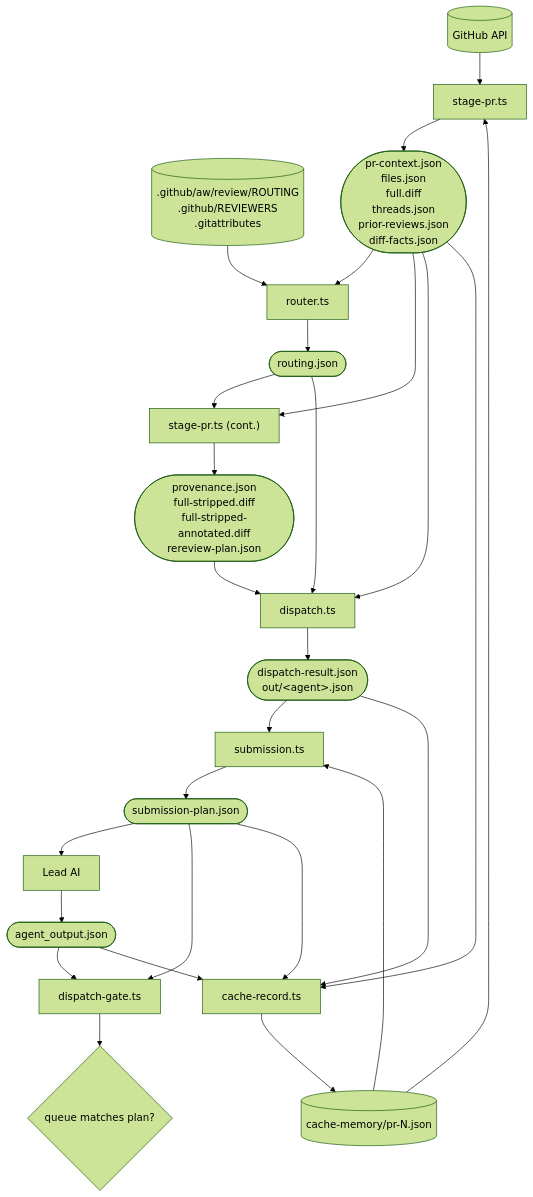
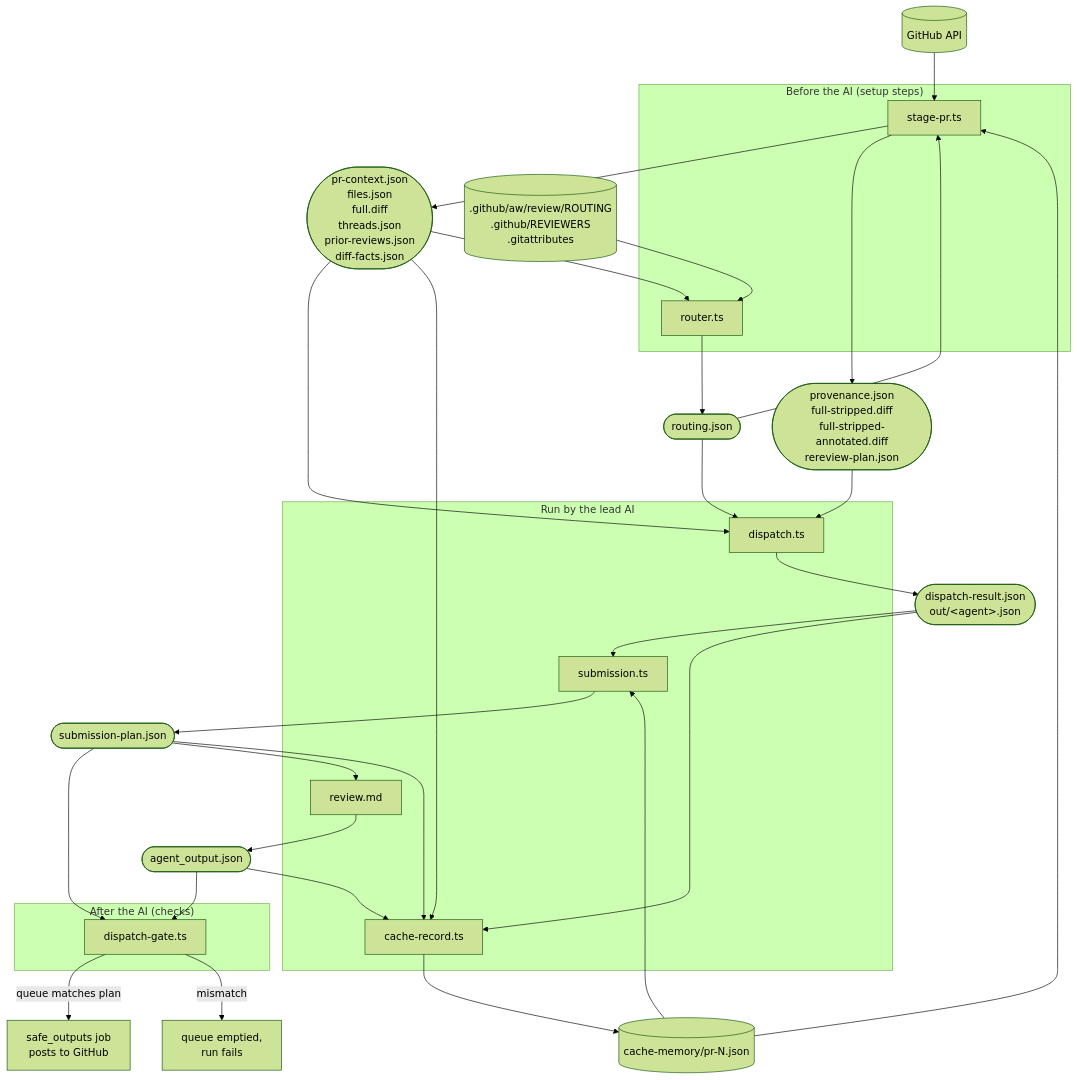
One commit to Khan/actions changed the seventh of 8 diagrams in workflows/review/ARCHITECTURE.md. Above: the diagram before and after it, drawn with Mermaid (forest theme). The commit also changed other lines of this file, not shown here.

````diff
--- a/workflows/review/ARCHITECTURE.md
+++ b/workflows/review/ARCHITECTURE.md
@@ -116,29 +118,39 @@
 ```mermaid
 flowchart TD
   GH[(GitHub API)] --> A
   Repo[(".github/aw/review/ROUTING<br/>.github/REVIEWERS<br/>.gitattributes")] --> B
   Cache[("cache-memory/pr-N.json")] --> A
 
-  A["stage-pr.ts"] --> F1(["pr-context.json<br/>files.json<br/>full.diff<br/>threads.json<br/>prior-reviews.json<br/>diff-facts.json"])
-  F1 --> B["router.ts"]
+  subgraph Before["Before the AI (setup steps)"]
+    A["stage-pr.ts"]
+    B["router.ts"]
+  end
+  A --> F1(["pr-context.json<br/>files.json<br/>full.diff<br/>threads.json<br/>prior-reviews.json<br/>diff-facts.json"])
+  F1 --> B
   B --> F2(["routing.json"])
-  F1 --> A2["stage-pr.ts (cont.)"]
-  F2 --> A2
-  A2 --> F3(["provenance.json<br/>full-stripped.diff<br/>full-stripped-annotated.diff<br/>rereview-plan.json"])
+  F2 --> A
+  A --> F3(["provenance.json<br/>full-stripped.diff<br/>full-stripped-annotated.diff<br/>rereview-plan.json"])
 
-  F1 & F2 & F3 --> C["dispatch.ts"]
+  subgraph During["Run by the lead AI"]
+    C["dispatch.ts"]
+    D["submission.ts"]
+    E["review.md"]
+    R["cache-record.ts"]
+  end
+  F1 & F2 & F3 --> C
   C --> F4(["dispatch-result.json<br/>out/&lt;agent&gt;.json"])
-
-  F4 --> D["submission.ts"]
+  F4 --> D
   Cache --> D
   D --> F5(["submission-plan.json"])
+  F5 --> E
+  E --> Q(["agent_output.json"])
+  F1 & Q & F4 & F5 --> R
+  R --> Cache
 
-  F5 --> E["Lead AI"]
-  E --> Q(["agent_output.json"])
-
-  Q & F5 --> H["dispatch-gate.ts"]
-  H --> HV{"queue matches plan?"}
-
-  F1 & Q & F4 & F5 --> R["cache-record.ts"]
-  R --> Cache
+  subgraph After["After the AI (checks)"]
+    H["dispatch-gate.ts"]
+  end
+  Q & F5 --> H
+  H -->|queue matches plan| Post[safe_outputs job<br/>posts to GitHub]
+  H -->|mismatch| Strip[queue emptied,<br/>run fails]
 ```
````
